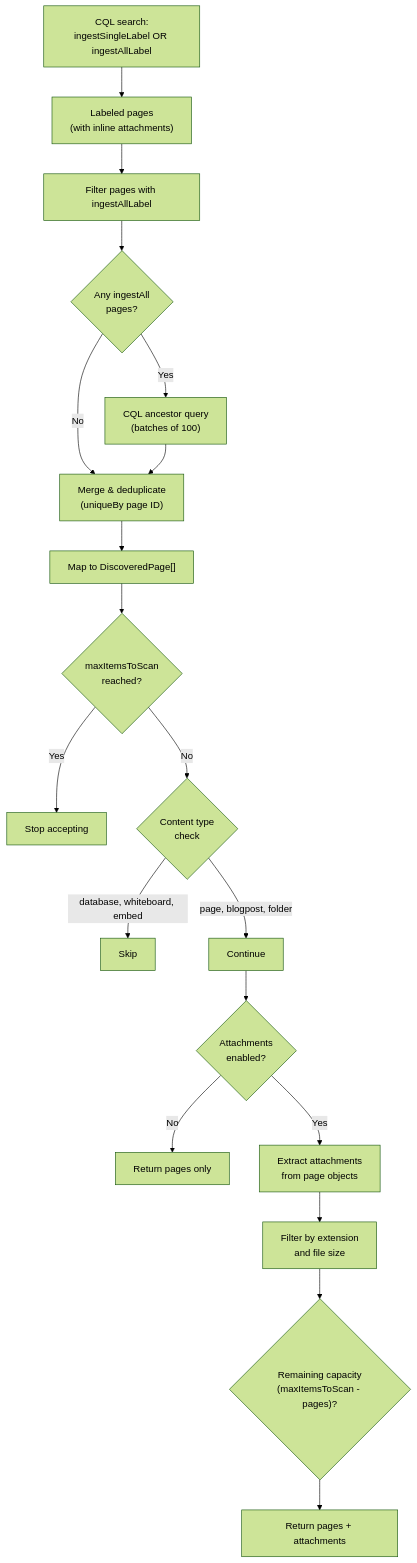
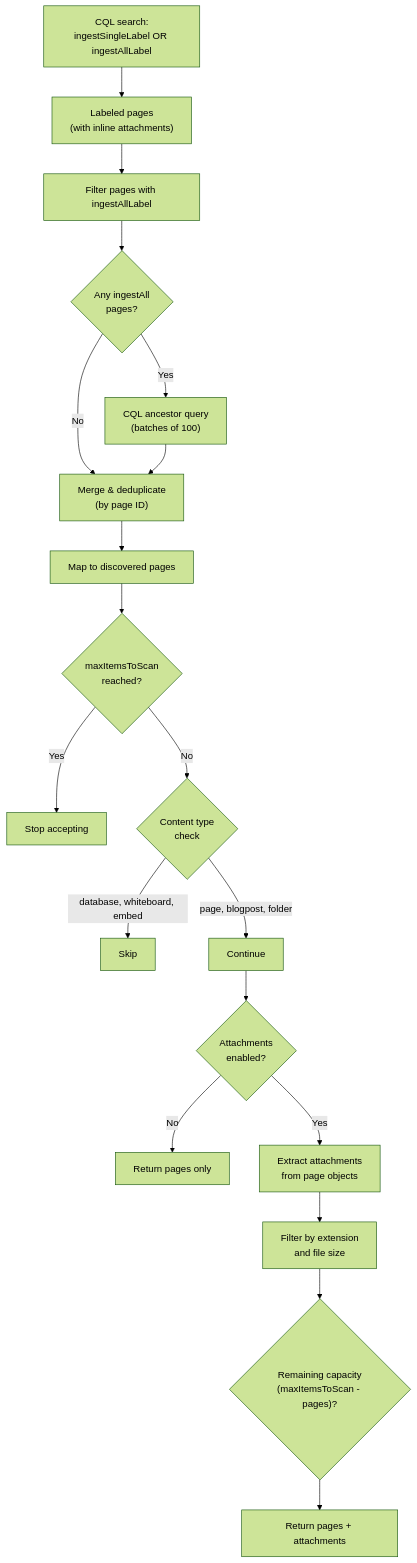
Before and after one commit to Unique-AG/connectors: the third of 6 diagrams in services/confluence-connector/docs/technical/flows.md, drawn with Mermaid (forest theme). The commit also changed other lines of this file, not shown here.

First line of the commit message:
refact: align flows.md with SharePoint connector template

````diff
--- a/services/confluence-connector/docs/technical/flows.md
+++ b/services/confluence-connector/docs/technical/flows.md
@@ -152,22 +146,22 @@
 ```mermaid
 flowchart TB
     CQL["CQL search:<br/>ingestSingleLabel OR ingestAllLabel"] --> LabeledPages["Labeled pages<br/>(with inline attachments)"]
     LabeledPages --> FilterIngestAll["Filter pages with ingestAllLabel"]
     FilterIngestAll --> HasIngestAll{"Any ingestAll<br/>pages?"}
     HasIngestAll -->|Yes| FetchDescendants["CQL ancestor query<br/>(batches of 100)"]
     HasIngestAll -->|No| Merge
-    FetchDescendants --> Merge["Merge & deduplicate<br/>(uniqueBy page ID)"]
-    Merge --> MapPages["Map to DiscoveredPage[]"]
+    FetchDescendants --> Merge["Merge & deduplicate<br/>(by page ID)"]
+    Merge --> MapPages["Map to discovered pages"]
     MapPages --> LimitCheck{"maxItemsToScan<br/>reached?"}
     LimitCheck -->|Yes| Stop["Stop accepting"]
     LimitCheck -->|No| SkipTypes{"Content type<br/>check"}
     SkipTypes -->|"database, whiteboard, embed"| Skip["Skip"]
     SkipTypes -->|"page, blogpost, folder"| Continue["Continue"]
 
     Continue --> AttachmentsEnabled{"Attachments<br/>enabled?"}
     AttachmentsEnabled -->|No| Done["Return pages only"]
     AttachmentsEnabled -->|Yes| ExtractAttachments["Extract attachments<br/>from page objects"]
     ExtractAttachments --> FilterAttachments["Filter by extension<br/>and file size"]
     FilterAttachments --> RemainingCapacity{"Remaining capacity<br/>(maxItemsToScan - pages)?"}
     RemainingCapacity --> Done2["Return pages + attachments"]
 ```
````
